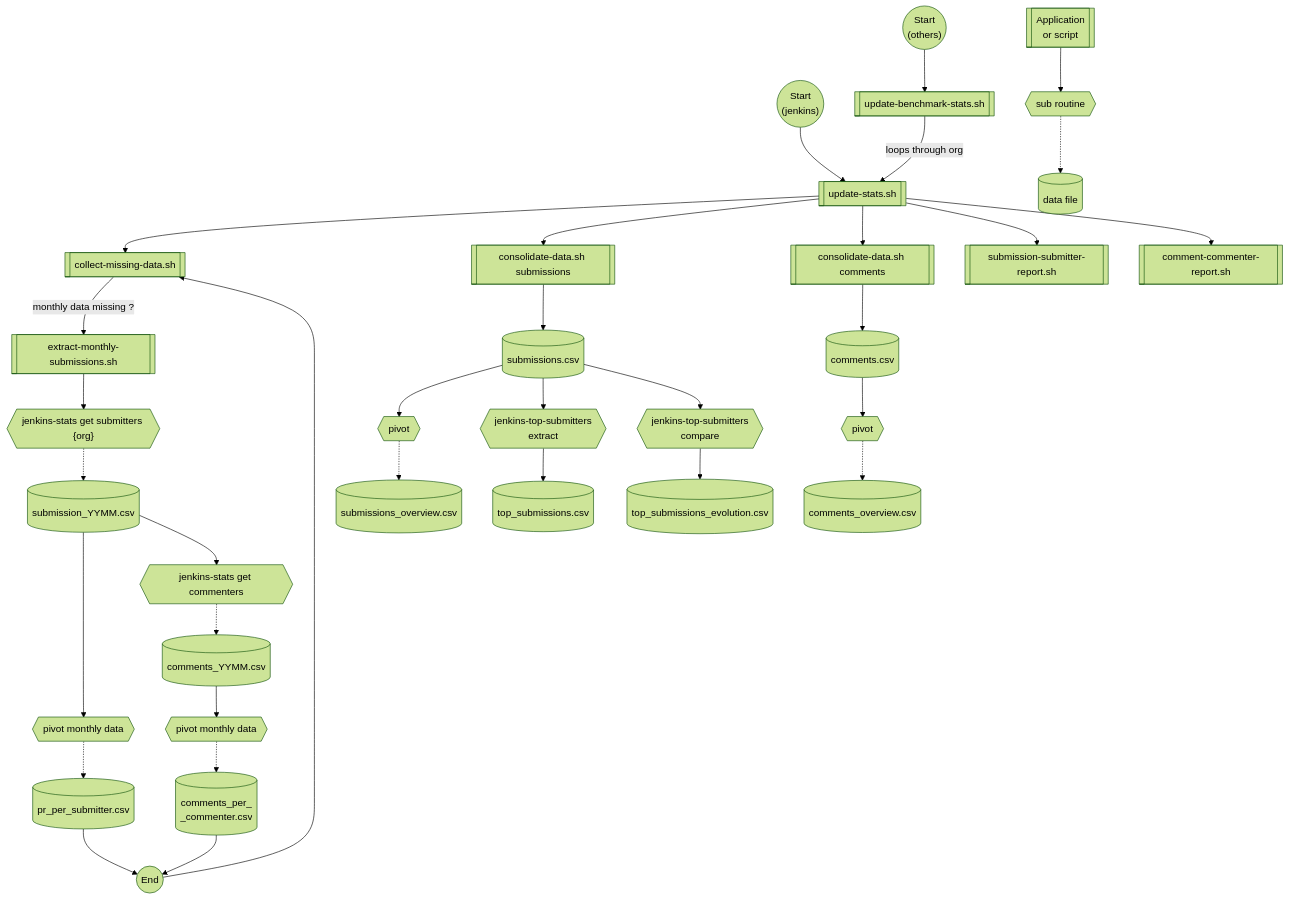
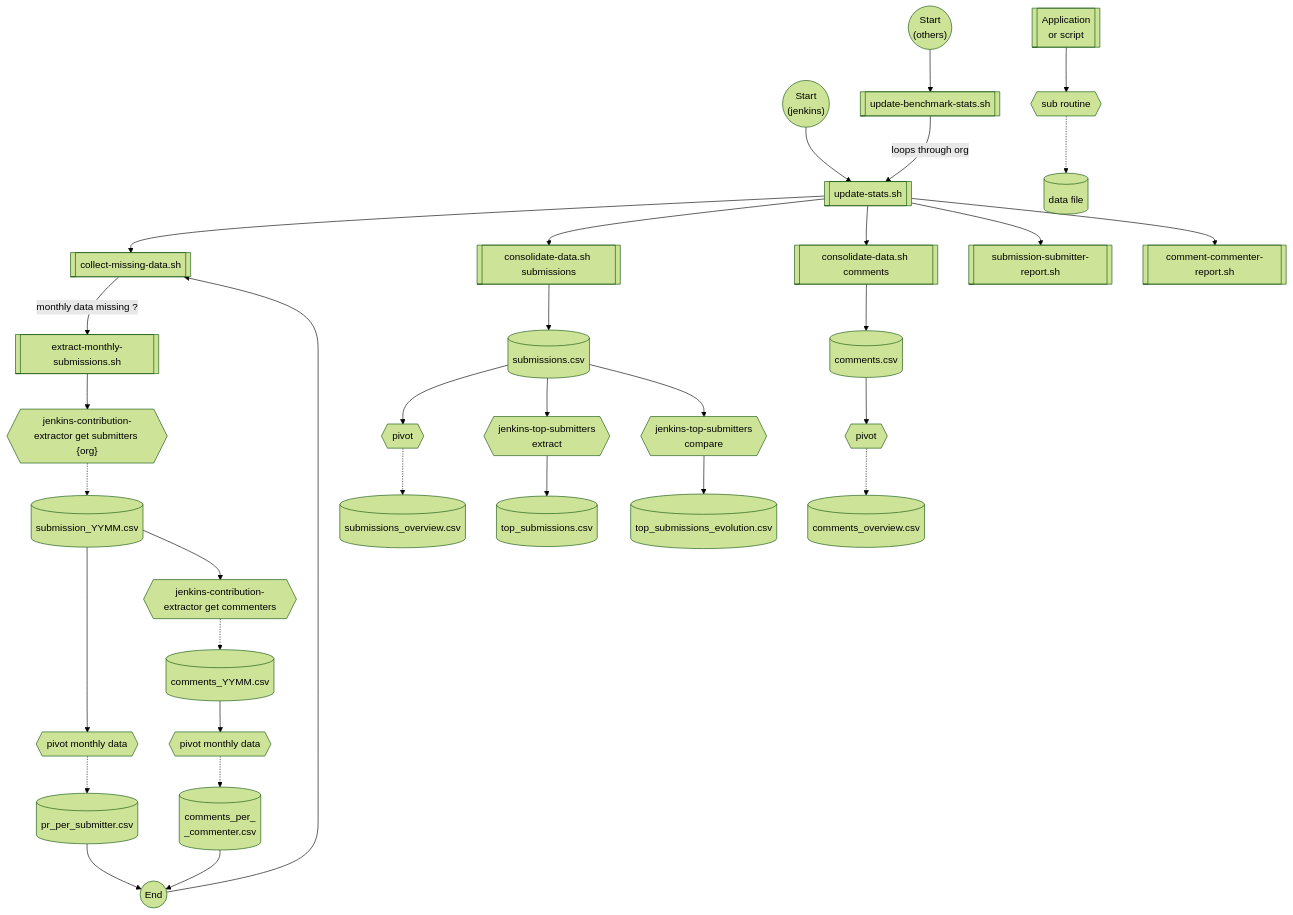
The diagram in README.md (jenkins-infra/jenkins-contribution-stats), drawn with Mermaid (forest theme) before and after one commit. The commit also changed other lines of this file and 8 other files, not shown here.

Commit message:
fix(honor): Move to jenkins-infra/jenkins-contribution-extractor.

````diff
--- a/README.md
+++ b/README.md
@@ -66,67 +66,67 @@
 ```mermaid
 flowchart TD
 	start1(("`Start
 	(others)
 	 `"))
 
     start2(("`Start
     (jenkins)
      `"))
 
     extract_end((End))
 
     %% Processes
 
 	A[[update-benchmark-stats.sh]]
 	B[[update-stats.sh]]
     C[[collect-missing-data.sh]]
     D[[consolidate-data.sh submissions]]
     E[[consolidate-data.sh comments]]
     F[[submission-submitter-report.sh]]
     G[[comment-commenter-report.sh]]
     extracData[[extract-monthly-submissions.sh]]
-    get_submitters{{"jenkins-stats get submitters {org}"}}
-    get_commenters{{"jenkins-stats get commenters"}}
+    get_submitters{{"jenkins-contribution-extractor get submitters {org}"}}
+    get_commenters{{"jenkins-contribution-extractor get commenters"}}
     top_extract{{jenkins-top-submitters </br> extract}}
     top_compare{{jenkins-top-submitters </br>compare}}
 
     %% data files
     submission_month[(submission_YYMM.csv)]
     monththlyPivot_submit[(pr_per_submitter.csv)]
     comments_month[(comments_YYMM.csv)]
     monththlyPivot_comment[(comments_per_</br>_commenter.csv)]
     global_submissions[(submissions.csv)]
     global_submissionsOverview[(submissions_overview.csv)]
     top_submission[(top_submissions.csv)]
     top_submission_evol[(top_submissions_evolution.csv)]
 
     global_comments[(comments.csv)]
     global_commentsOverview[(comments_overview.csv)]
 
     %% legend
     legend_app[[Application </br>or script]]
     legend_sub{{sub routine}}
     legend_data[(data file)]
     legend_app --> legend_sub -.-> legend_data
 
     %% pivot processes
     monthlypivot_subm{{pivot monthly data}}
     monthlypivot_comment{{pivot monthly data}}
     subm_overview_pivot{{pivot}}
     comment_overview_pivot{{pivot}}
 
     
     %% flow
 	start1 --> A -- loops through org --> B
 	start2 --> B
     B --> C -- monthly data missing ? --> extracData  --> get_submitters
     get_submitters -.-> submission_month --> monthlypivot_subm -.-> monththlyPivot_submit --> extract_end --> C
     submission_month --> get_commenters -.-> comments_month --> monthlypivot_comment -.-> monththlyPivot_comment --> extract_end
     B --> D --> global_submissions
     global_submissions --> subm_overview_pivot -.-> global_submissionsOverview
     global_submissions --> top_extract --> top_submission
     global_submissions --> top_compare --> top_submission_evol
     B --> E --> global_comments --> comment_overview_pivot -.-> global_commentsOverview
     B --> F 
     B --> G
 ```
````
